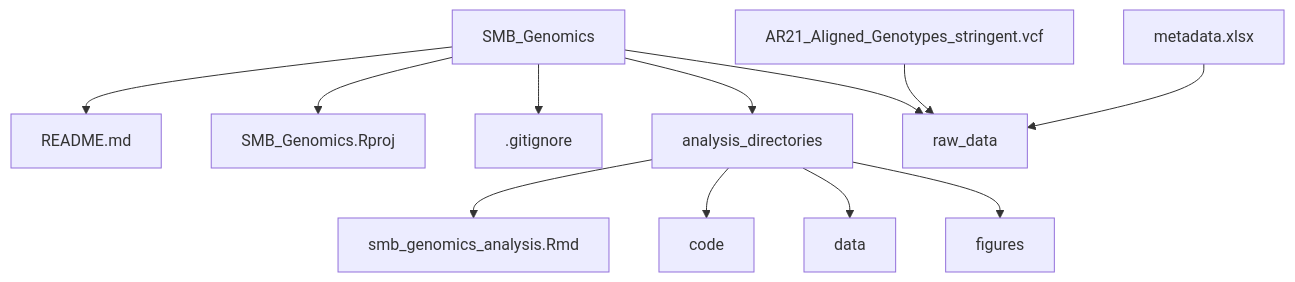
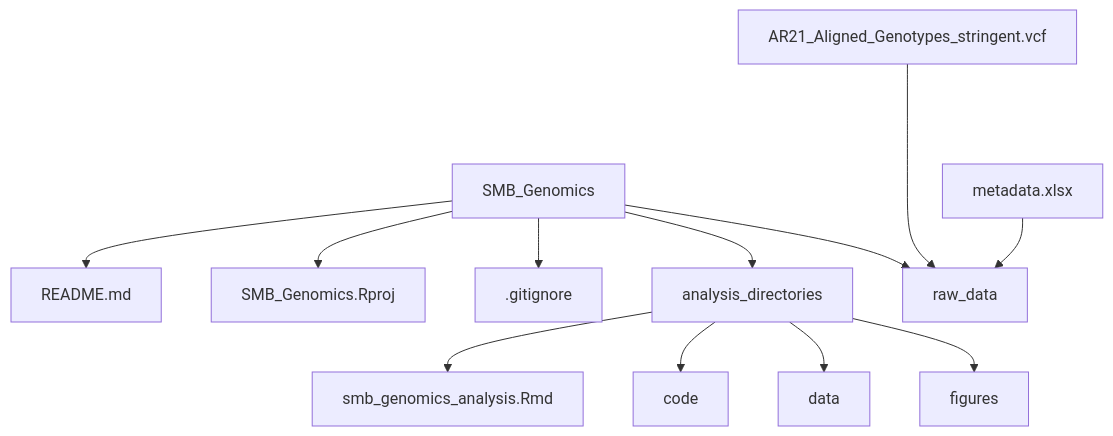
Before and after one commit to jcg5g9/SMB_Genomics: the third of 3 diagrams in README.md, drawn with Mermaid.

Commit message:
tweak to arrow length in graph

````diff
--- a/README.md
+++ b/README.md
@@ -88,14 +88,14 @@
 ```mermaid
 graph TD
   SMB_Genomics --> README.md
   SMB_Genomics --> SMB_Genomics.Rproj
   SMB_Genomics --> .gitignore
   SMB_Genomics --> analysis_directories
   analysis_directories --> smb_genomics_analysis.Rmd
   analysis_directories --> code
   analysis_directories --> data
   analysis_directories --> figures
   SMB_Genomics --> raw_data
-  AR21_Aligned_Genotypes_stringent.vcf --> raw_data
+  AR21_Aligned_Genotypes_stringent.vcf ----> raw_data
   metadata.xlsx --> raw_data
 ```
````
